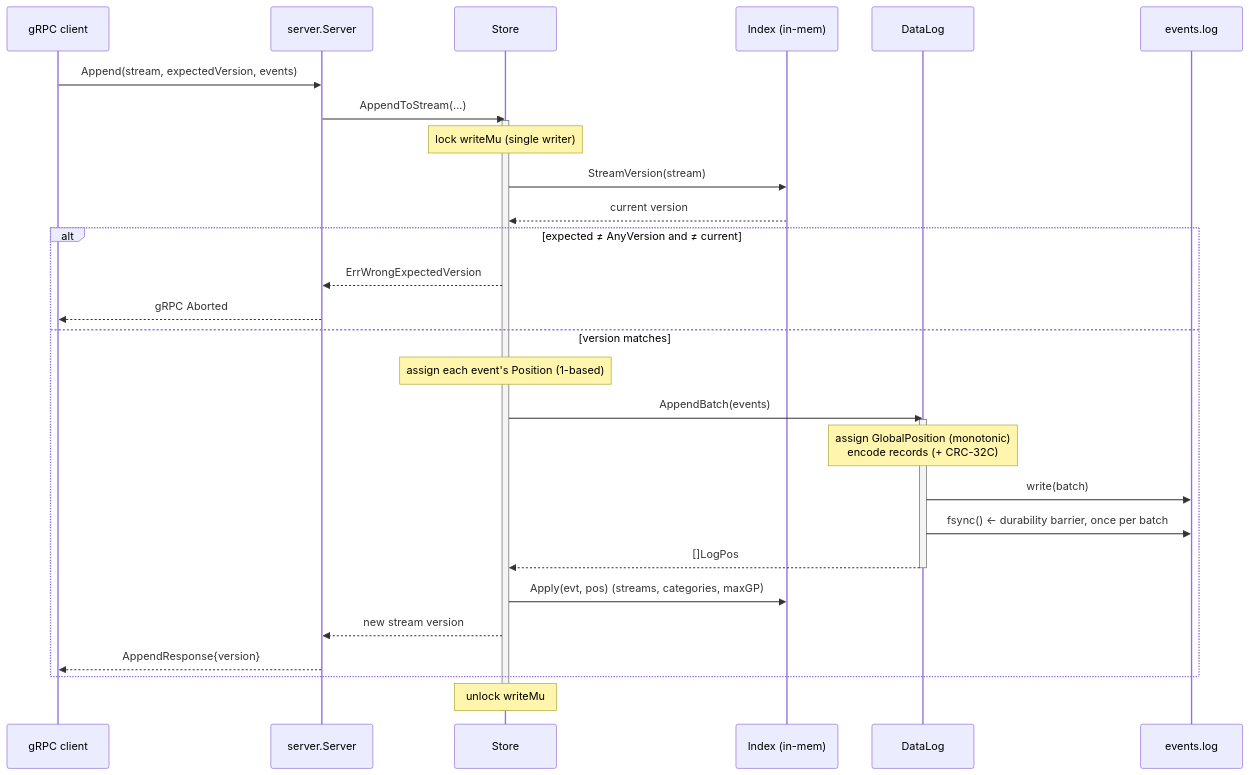
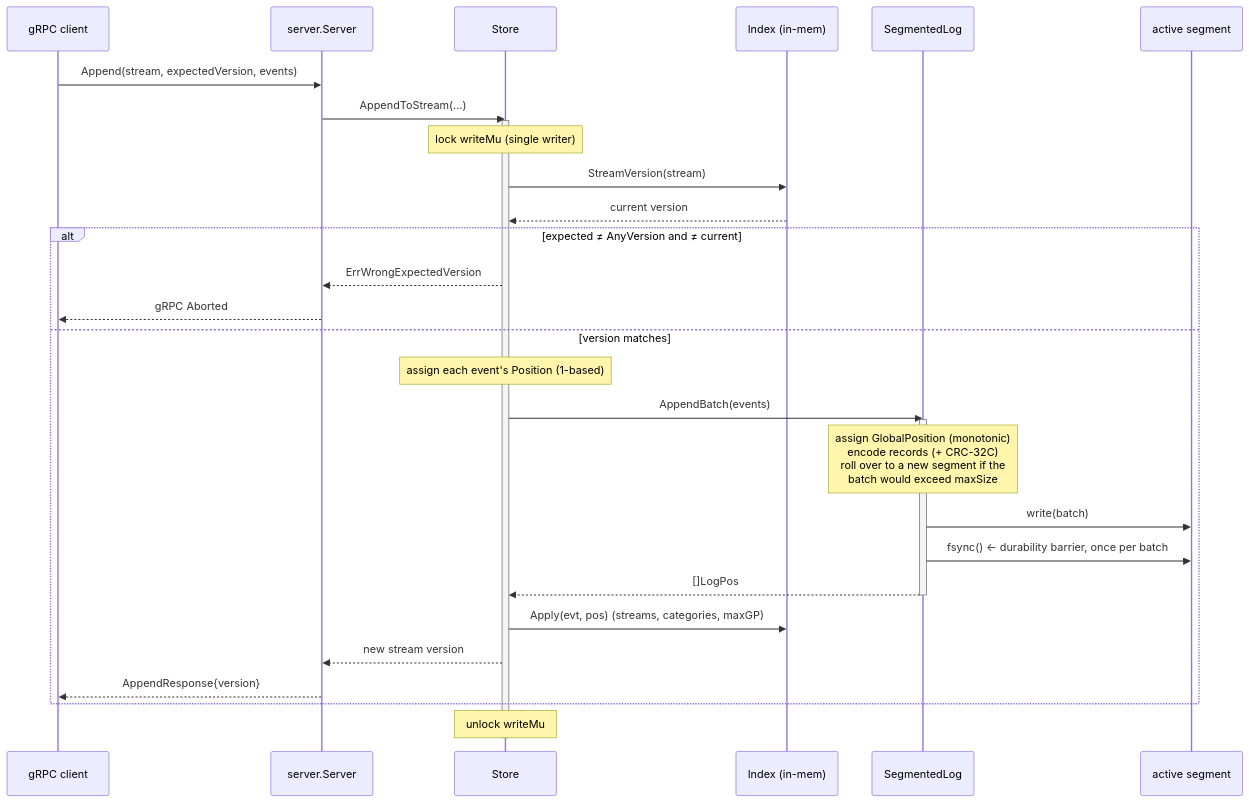
One commit to leow93/eventstore changed the second of 6 diagrams in doc/architecture.md. Above: the diagram before and after it, drawn with Mermaid. The commit also changed other lines of this file and 13 other files, not shown here.

````diff
--- a/doc/architecture.md
+++ b/doc/architecture.md
@@ -70,34 +71,34 @@
 ```mermaid
 sequenceDiagram
     participant C as gRPC client
     participant S as server.Server
     participant St as Store
     participant Ix as Index (in-mem)
-    participant L as DataLog
-    participant D as events.log
+    participant L as SegmentedLog
+    participant D as active segment
 
     C->>S: Append(stream, expectedVersion, events)
     S->>St: AppendToStream(...)
     activate St
     Note over St: lock writeMu (single writer)
     St->>Ix: StreamVersion(stream)
     Ix-->>St: current version
     alt expected ≠ AnyVersion and ≠ current
         St-->>S: ErrWrongExpectedVersion
         S-->>C: gRPC Aborted
     else version matches
         Note over St: assign each event's Position (1-based)
         St->>L: AppendBatch(events)
         activate L
-        Note over L: assign GlobalPosition (monotonic)<br/>encode records (+ CRC-32C)
+        Note over L: assign GlobalPosition (monotonic)<br/>encode records (+ CRC-32C)<br/>roll over to a new segment if the<br/>batch would exceed maxSize
         L->>D: write(batch)
         L->>D: fsync()  ← durability barrier, once per batch
         L-->>St: []LogPos
         deactivate L
         St->>Ix: Apply(evt, pos)  (streams, categories, maxGP)
         St-->>S: new stream version
         S-->>C: AppendResponse{version}
     end
     Note over St: unlock writeMu
     deactivate St
 ```
````
